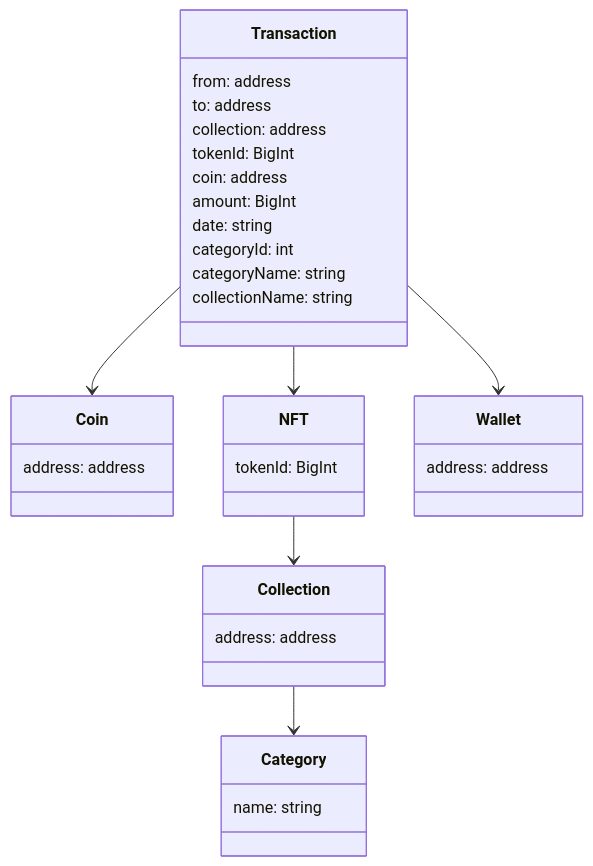
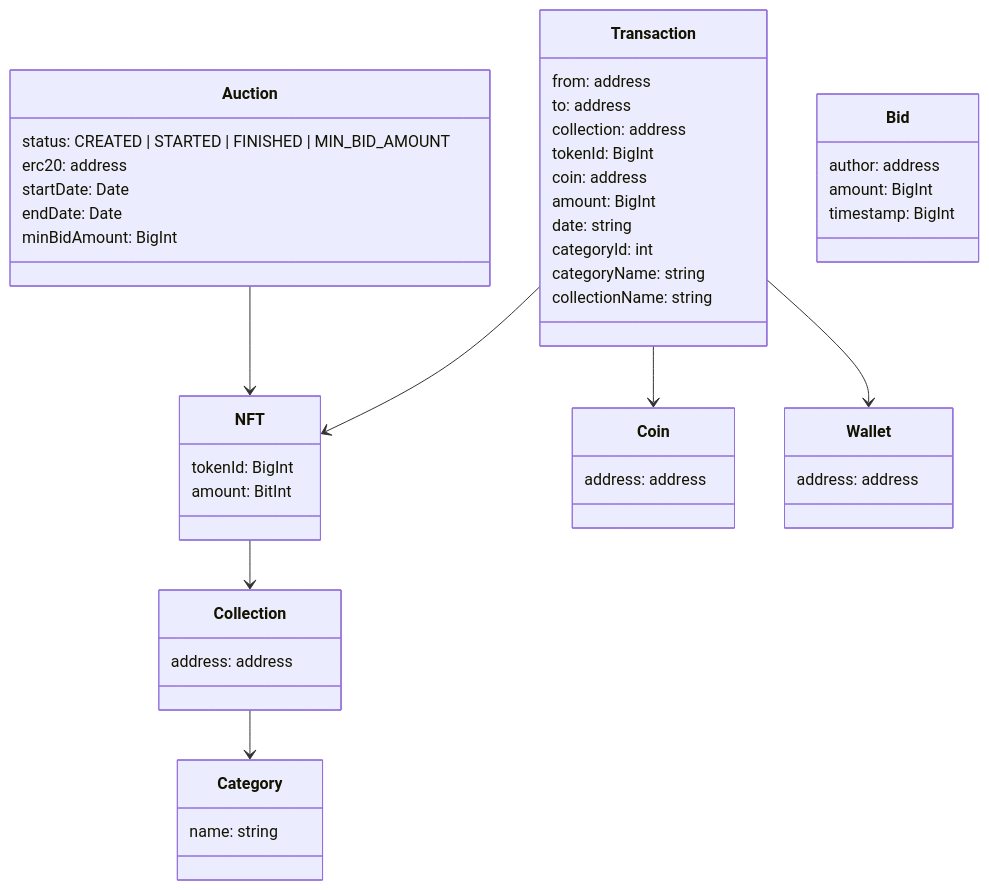
Before and after one commit to Calindra/cartesi-store: the diagram in docs/class-diagram.md, drawn with Mermaid. The commit also changed other lines of this file, not shown here.

````diff
--- a/docs/class-diagram.md
+++ b/docs/class-diagram.md
@@ -3,39 +3,54 @@
 ```mermaid
 classDiagram
     class Coin {
         address: address
     }
     class NFT {
         tokenId: BigInt
+        amount: BitInt
     }
     class Collection {
         address: address
     }
     class Transaction {
         from: address
         to: address
 
         collection: address
         tokenId: BigInt
 
         coin: address
         amount: BigInt
 
         date: string
         
         categoryId: int
         categoryName: string
         collectionName: string
     }
     class Wallet {
         address: address
     }
     class Category {
         name: string
     }
+
+    class Auction {
+        status: CREATED | STARTED | FINISHED | MIN_BID_AMOUNT
+        erc20: address
+        startDate: Date
+        endDate: Date
+        minBidAmount: BigInt
+    }
+    class Bid {
+        author: address
+        amount: BigInt
+        timestamp: BigInt
+    }
+    Auction --> NFT
     NFT --> Collection
     Transaction --> NFT
     Transaction --> Coin
     Transaction --> Wallet
     Collection --> Category
 ```
````
